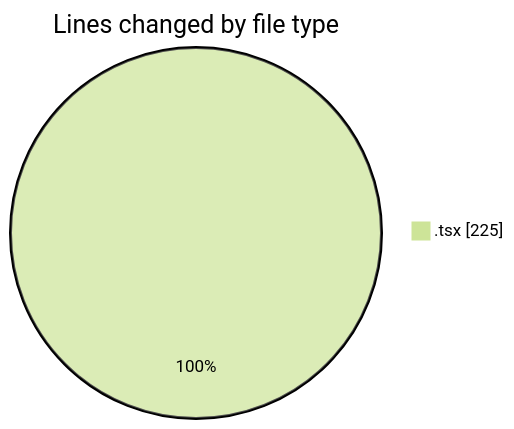
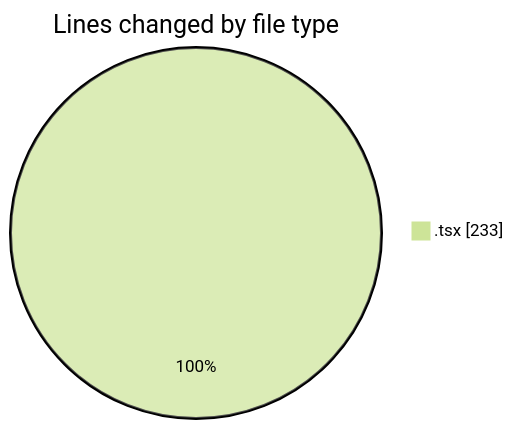
Before and after one commit to nxtqubesakshisongat/code-tracking: the first of 2 diagrams in 2026-06-30/nxtqube_webapp/README.md, drawn with Mermaid (forest theme). The commit also changed other lines of this file and 1 other file, not shown here.

````diff
--- a/2026-06-30/nxtqube_webapp/README.md
+++ b/2026-06-30/nxtqube_webapp/README.md
@@ -20,5 +20,5 @@
 ```mermaid
 pie showData
 title Lines changed by file type
-".tsx" : 225
+".tsx" : 233
 ```
````
